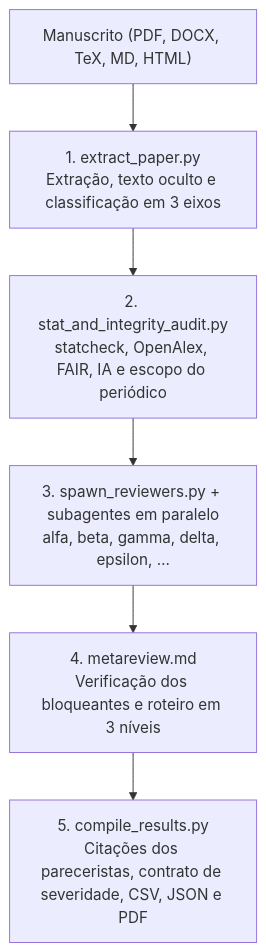
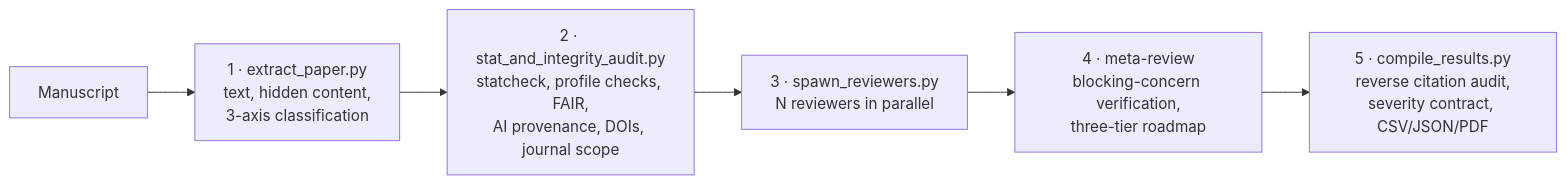
The diagram in README.md (LaBiOmicS/academic-peer-review), drawn with Mermaid before and after one commit. The commit also changed other lines of this file and 3 other files, not shown here.

````diff
--- a/README.md
+++ b/README.md
@@ -125,8 +51,8 @@
 ```mermaid
-flowchart TD
-    User["Manuscrito (PDF, DOCX, TeX, MD, HTML)"] --> Extract["1. extract_paper.py<br>Extração, texto oculto e classificação em 3 eixos"]
-    Extract --> Audit["2. stat_and_integrity_audit.py<br>statcheck, OpenAlex, FAIR, IA e escopo do periódico"]
-    Audit --> Parallel["3. spawn_reviewers.py + subagentes em paralelo<br>alfa, beta, gamma, delta, epsilon, …"]
-    Parallel --> Editor["4. metareview.md<br>Verificação dos bloqueantes e roteiro em 3 níveis"]
-    Editor --> Results["5. compile_results.py<br>Citações dos pareceristas, contrato de severidade, CSV, JSON e PDF"]
+flowchart LR
+    A["Manuscript"] --> B["1 · extract_paper.py<br/>text, hidden content,<br/>3-axis classification"]
+    B --> C["2 · stat_and_integrity_audit.py<br/>statcheck, profile checks, FAIR,<br/>AI provenance, DOIs, journal scope"]
+    C --> D["3 · spawn_reviewers.py<br/>N reviewers in parallel"]
+    D --> E["4 · meta-review<br/>blocking-concern verification,<br/>three-tier roadmap"]
+    E --> F["5 · compile_results.py<br/>reverse citation audit,<br/>severity contract, CSV/JSON/PDF"]
 ```
````
